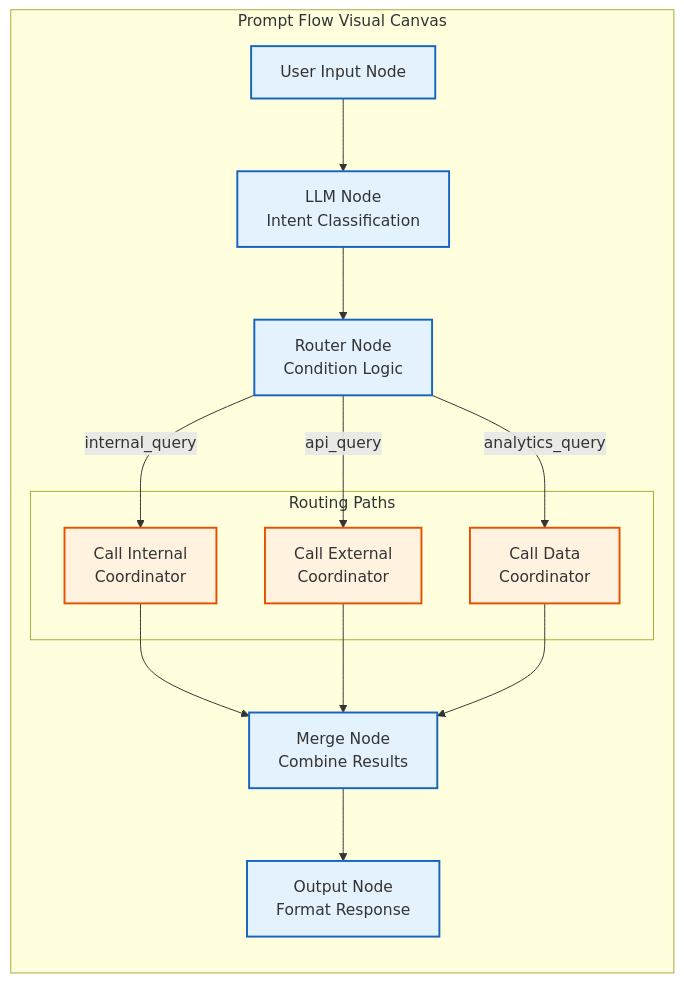
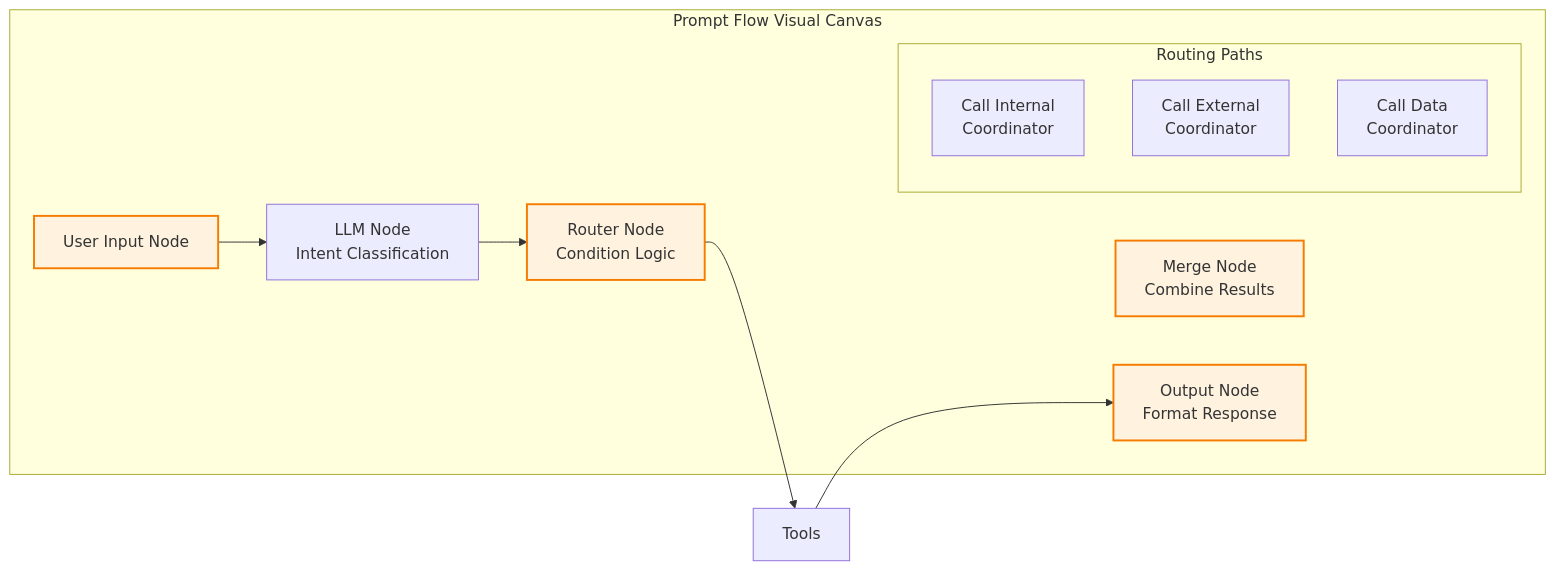
Before and after one commit to Px8Studio/adk-python: the tenth of 19 diagrams in backend/etl/docs/ARCHITECTURE_DNB_FUTURE.md, drawn with Mermaid. The commit also changed other lines of this file and 1 other file, not shown here.

````diff
--- a/backend/etl/docs/ARCHITECTURE_DNB_FUTURE.md
+++ b/backend/etl/docs/ARCHITECTURE_DNB_FUTURE.md
@@ -875,33 +832,28 @@
 ```mermaid
 graph LR
     subgraph Prompt_Flow_Canvas["Prompt Flow Visual Canvas"]
         Input["User Input Node"]
         Intent["LLM Node<br/>Intent Classification"]
         Router["Router Node<br/>Condition Logic"]
         
         subgraph Routes["Routing Paths"]
             Internal["Call Internal<br/>Coordinator"]
             External["Call External<br/>Coordinator"]
             Data["Call Data<br/>Coordinator"]
         end
         
         Merge["Merge Node<br/>Combine Results"]
         Output["Output Node<br/>Format Response"]
     end
     
     Input --> Intent
     Intent --> Router
-    Router -->|"internal_query"| Internal
-    Router -->|"api_query"| External
-    Router -->|"analytics_query"| Data
-    Internal --> Merge
-    External --> Merge
-    Data --> Merge
-    Merge --> Output
+    Router --> Tools
+    Tools --> Output
 
-    classDef node fill:#e3f2fd,stroke:#1565c0,stroke-width:2px
-    classDef route fill:#fff3e0,stroke:#e65100,stroke-width:2px
+    classDef foundry fill:#e1f5fe,stroke:#01579b,stroke-width:2px
+    classDef flow fill:#fff3e0,stroke:#f57c00,stroke-width:2px
     
-    class Input,Intent,Router,Merge,Output node
-    class Internal,External,Data route
+    class Canvas,Nodes foundry
+    class Input,LLM,Router,Merge,Output flow
 ```
````
